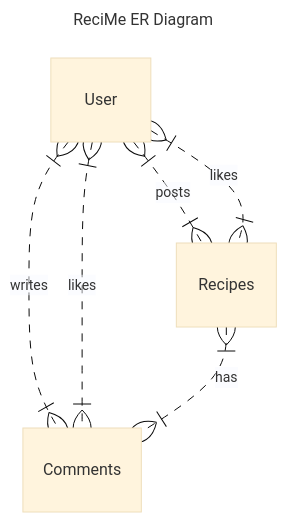
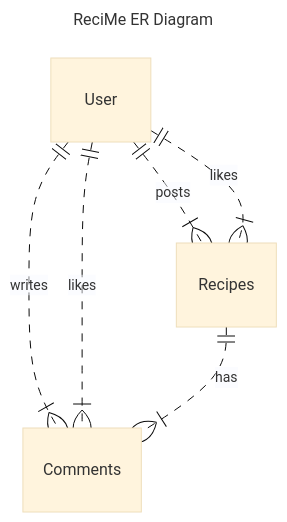
One commit to RECI-ME/reciMe changed the diagram in misc/er_diagram.mermaid. Above: the diagram before and after it, drawn with Mermaid (base theme).

Commit message:
misc: updated arrowheads on er diagram

```diff
--- a/misc/er_diagram.mermaid
+++ b/misc/er_diagram.mermaid
@@ -1,9 +1,9 @@
 ---
 title: ReciMe ER Diagram
 ---
 erDiagram
-    User }|..|{ Recipes :posts
-    User }|..|{ Comments :writes
-    User }|..|{ Comments :likes
-    User }|..|{ Recipes :likes
-    Recipes }|..|{ Comments :has
+    User ||..|{ Recipes :posts
+    User ||..|{ Comments :writes
+    User ||..|{ Comments :likes
+    User ||..|{ Recipes :likes
+    Recipes ||..|{ Comments :has
```
